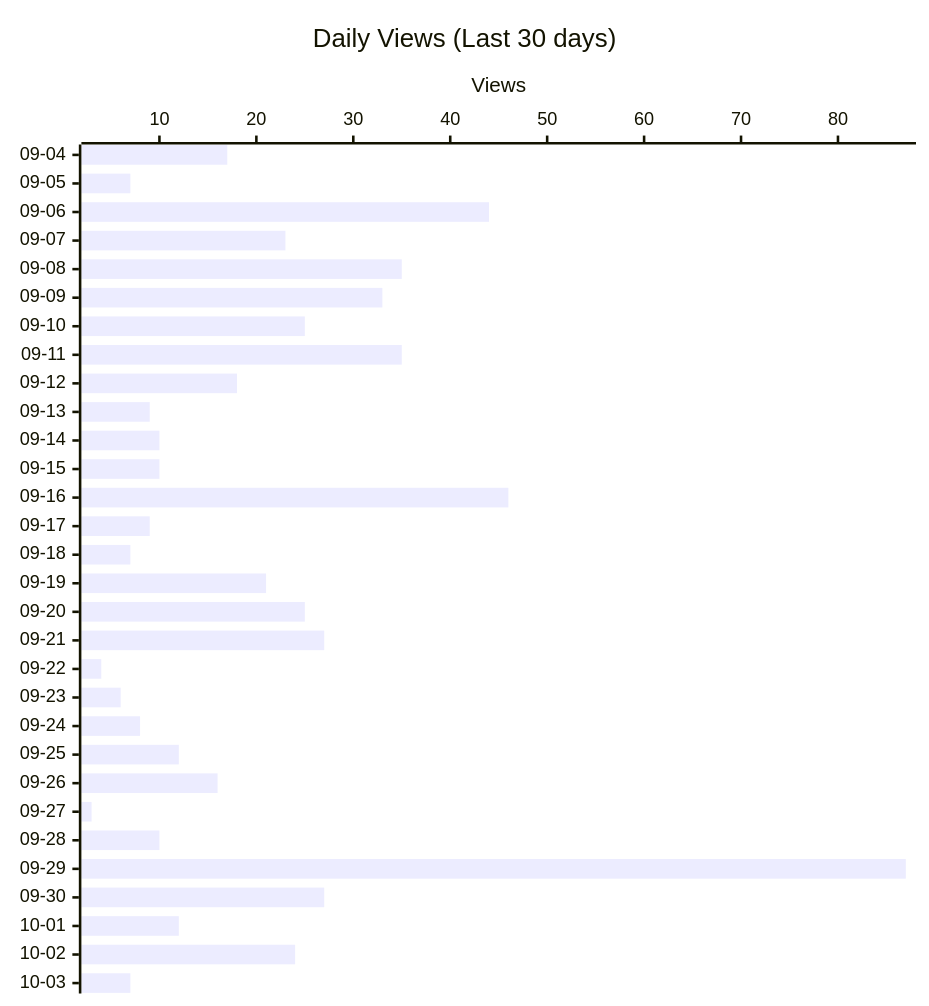
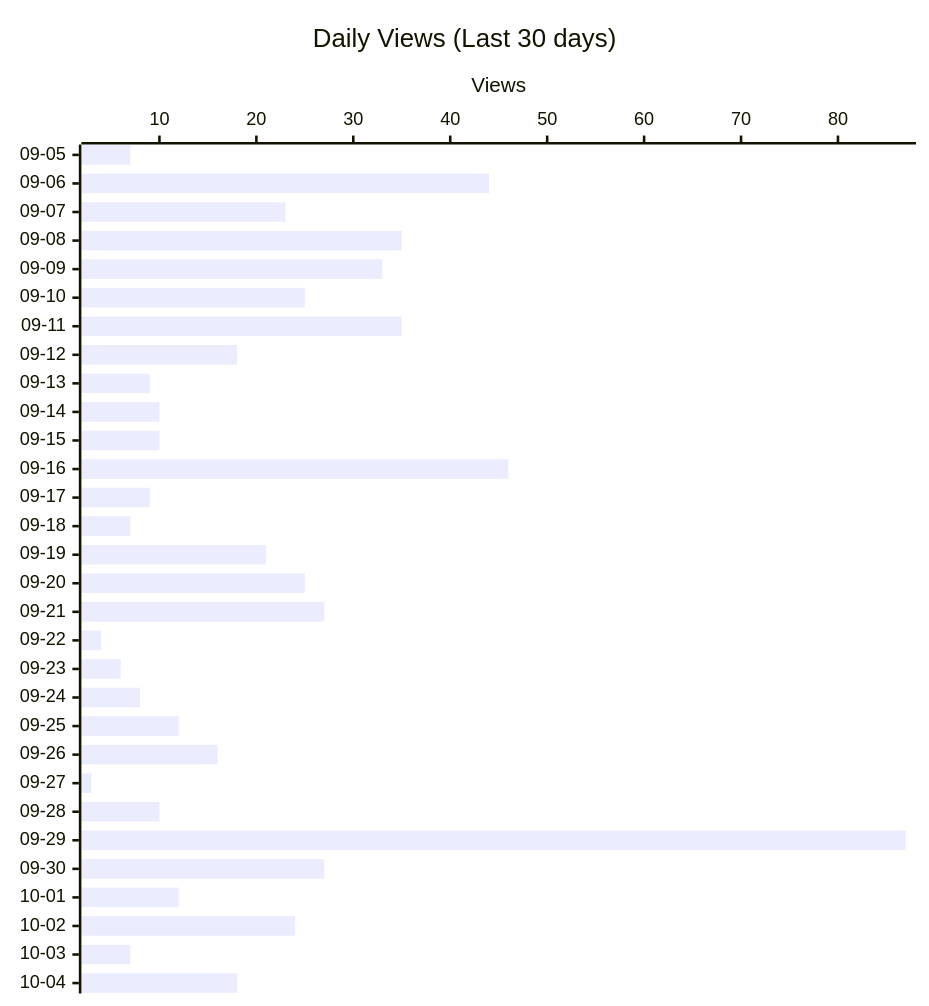
One commit to shigechika/github-insights changed the second of 4 diagrams in README.md. Above: the diagram before and after it, drawn with Mermaid. The commit also changed other lines of this file and 2 other files, not shown here.

````diff
--- a/README.md
+++ b/README.md
@@ -28,12 +28,12 @@
 ```mermaid
 ---
 config:
   xyChart:
     height: 760
 ---
 xychart-beta horizontal
     title "Daily Views (Last 30 days)"
-    x-axis ["09-04", "09-05", "09-06", "09-07", "09-08", "09-09", "09-10", "09-11", "09-12", "09-13", "09-14", "09-15", "09-16", "09-17", "09-18", "09-19", "09-20", "09-21", "09-22", "09-23", "09-24", "09-25", "09-26", "09-27", "09-28", "09-29", "09-30", "10-01", "10-02", "10-03"]
+    x-axis ["09-05", "09-06", "09-07", "09-08", "09-09", "09-10", "09-11", "09-12", "09-13", "09-14", "09-15", "09-16", "09-17", "09-18", "09-19", "09-20", "09-21", "09-22", "09-23", "09-24", "09-25", "09-26", "09-27", "09-28", "09-29", "09-30", "10-01", "10-02", "10-03", "10-04"]
     y-axis "Views"
-    bar [17, 7, 44, 23, 35, 33, 25, 35, 18, 9, 10, 10, 46, 9, 7, 21, 25, 27, 4, 6, 8, 12, 16, 3, 10, 87, 27, 12, 24, 7]
+    bar [7, 44, 23, 35, 33, 25, 35, 18, 9, 10, 10, 46, 9, 7, 21, 25, 27, 4, 6, 8, 12, 16, 3, 10, 87, 27, 12, 24, 7, 18]
 ```
````
